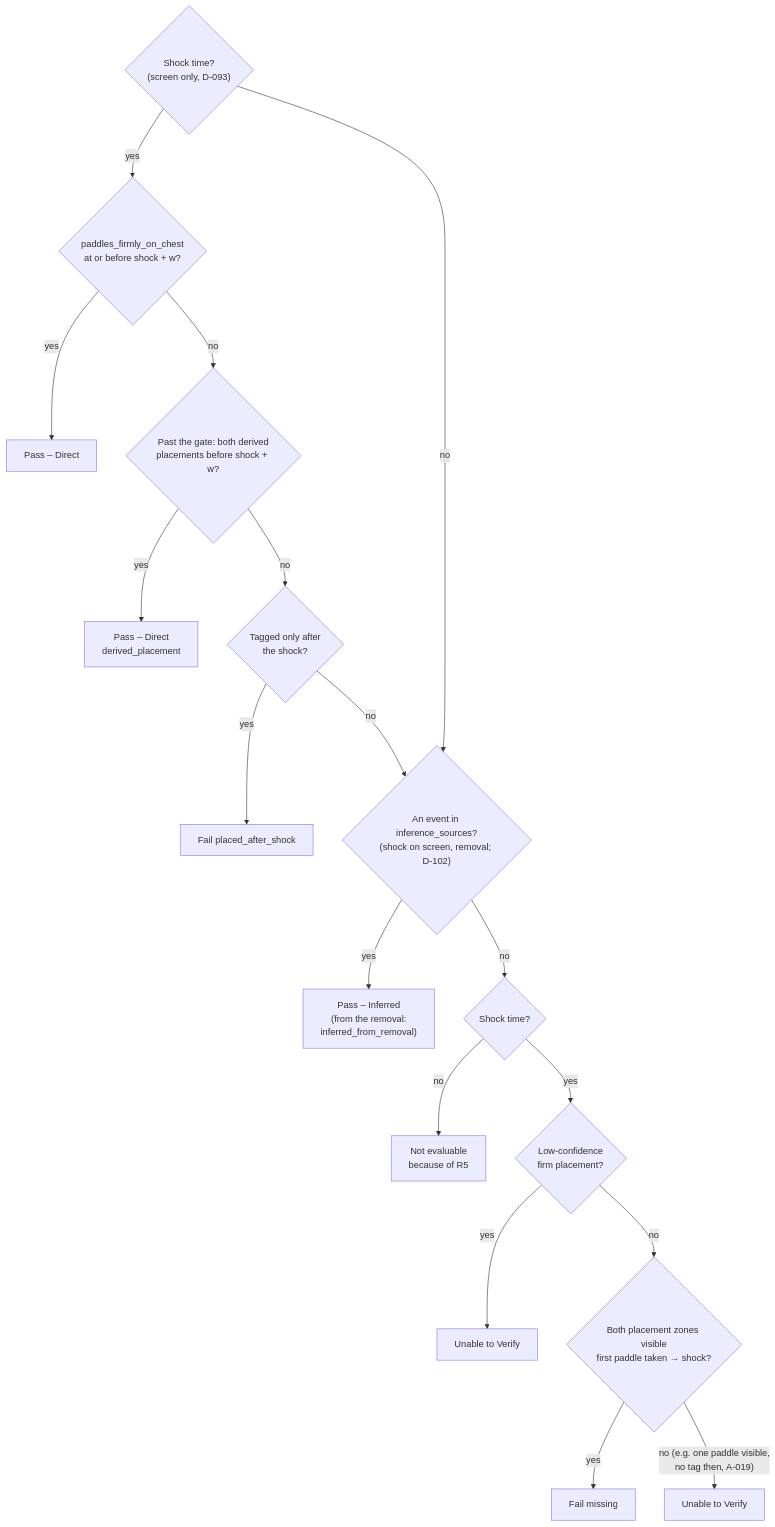
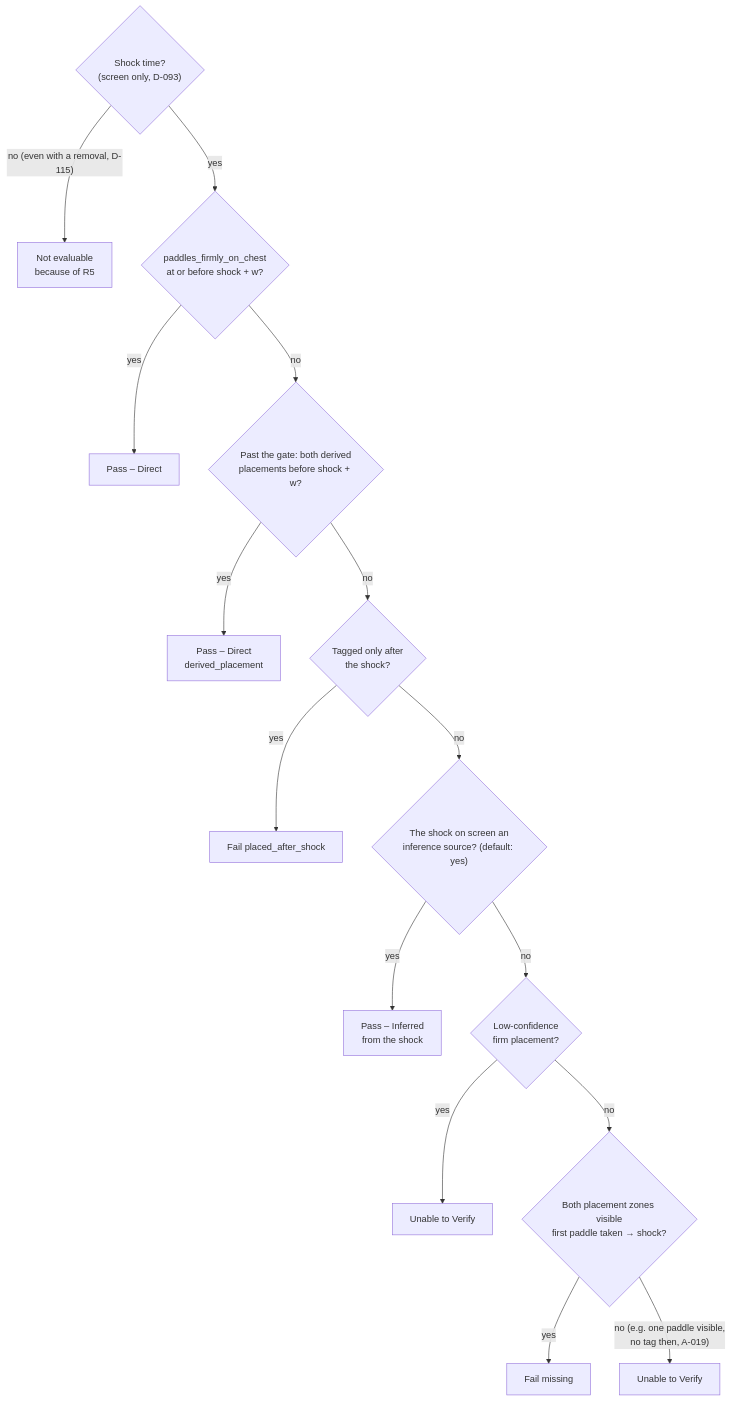
Diagram 13 of 16 in docs/rule_engine/diagrams.md (ananthu65/defibrillator_research), drawn with Mermaid before and after one commit. The commit also changed other lines of this file and 33 other files, not shown here.

First line of the commit message:
fix(rules): remove every paddle-removal-implies-shock inference (D-115)

````diff
--- a/docs/rule_engine/diagrams.md
+++ b/docs/rule_engine/diagrams.md
@@ -344,19 +330,17 @@
 ```mermaid
 flowchart TD
-    S{"Shock time?<br/>(screen only, D-093)"} -->|yes| T{"paddles_firmly_on_chest<br/>at or before shock + w?"}
+    S{"Shock time?<br/>(screen only, D-093)"} -->|"no (even with a removal, D-115)"| NE["Not evaluable<br/>because of R5"]
+    S -->|yes| T{"paddles_firmly_on_chest<br/>at or before shock + w?"}
     T -->|yes| P1["Pass – Direct"]
     T -->|no| D{"Past the gate: both derived<br/>placements before shock + w?"}
     D -->|yes| P2["Pass – Direct<br/>derived_placement"]
     D -->|no| L{"Tagged only after<br/>the shock?"}
     L -->|yes| F1["Fail placed_after_shock"]
-    L -->|no| I
-    S -->|no| I{"An event in inference_sources?<br/>(shock on screen, removal; D-102)"}
-    I -->|yes| P3["Pass – Inferred<br/>(from the removal:<br/>inferred_from_removal)"]
-    I -->|no| N{"Shock time?"}
-    N -->|no| NE["Not evaluable<br/>because of R5"]
-    N -->|yes| W{"Low-confidence<br/>firm placement?"}
+    L -->|no| I{"The shock on screen an<br/>inference source? (default: yes)"}
+    I -->|yes| P3["Pass – Inferred<br/>from the shock"]
+    I -->|no| W{"Low-confidence<br/>firm placement?"}
     W -->|yes| U1["Unable to Verify"]
     W -->|no| Z{"Both placement zones visible<br/>first paddle taken → shock?"}
     Z -->|yes| F2["Fail missing"]
     Z -->|"no (e.g. one paddle visible,<br/>no tag then, A-019)"| U2["Unable to Verify"]
 ```
````
